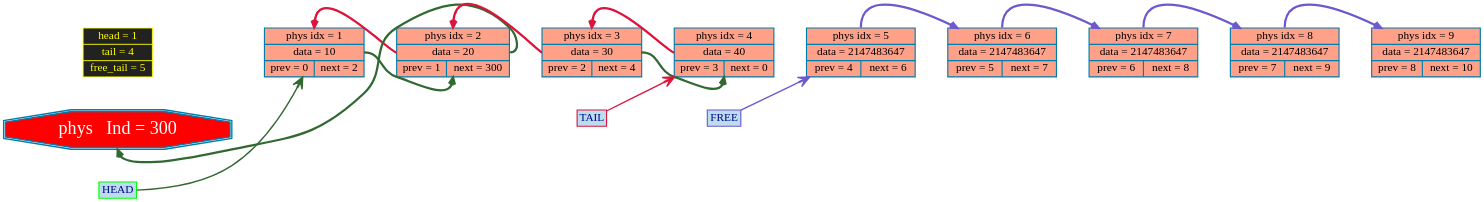
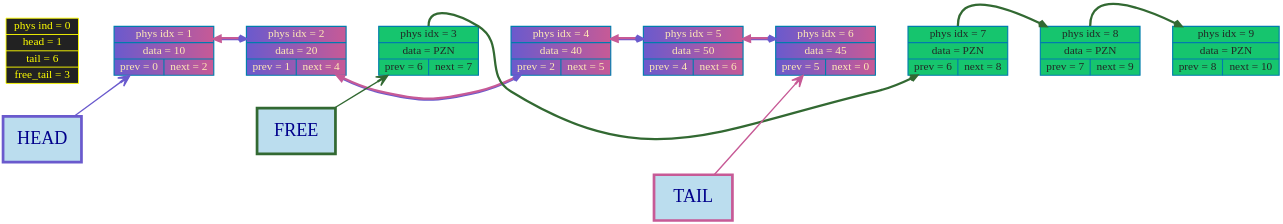
Before and after one commit to timoko3/list: the diagram in graphDumps/graphDump.dot, drawn with Graphviz. The commit also changed 50 other files, not shown here.

```diff
--- a/graphDumps/graphDump.dot
+++ b/graphDumps/graphDump.dot
@@ -1,40 +1,51 @@
 digraph G {
 rankdir=LR
 bgcolor="transparent"
 nodesep = 1;
 ranksep = 1
 	node [shape=record, style="filled", fillcolor="#FFA089", fontcolor="black", color="#007CAD", penwidth=2.5, fontname="Tahoma", fontsize=25];
 
 edge [color="#2d714f", arrowsize=1, penwidth=5, arrowhead="vee", style="bold"];
-node0 [label="head = 1 | tail = 4 | free_tail = 5", shape=record, style="filled", fillcolor="#222222", fontcolor="yellow", color="yellow", penwidth=2];
+node0 [label="phys ind = 0 | head = 1 | tail = 6 | free_tail = 3", shape=record, style="filled", fillcolor="#222222", fontcolor="yellow", color="yellow", penwidth=2];
 	node1 [label="phys idx = 1 | data = 10 | {prev = 0 | next = 2} "];
-	node2 [label="phys idx = 2 | data = 20 | {prev = 1 | next = 300} "];
-	node3 [label="phys idx = 3 | data = 30 | {prev = 2 | next = 4} "];
-	node4 [label="phys idx = 4 | data = 40 | {prev = 3 | next = 0} "];
-	node5 [label="phys idx = 5 | data = 2147483647 | {prev = 4 | next = 6} "];
-	node6 [label="phys idx = 6 | data = 2147483647 | {prev = 5 | next = 7} "];
-	node7 [label="phys idx = 7 | data = 2147483647 | {prev = 6 | next = 8} "];
-	node8 [label="phys idx = 8 | data = 2147483647 | {prev = 7 | next = 9} "];
-	node9 [label="phys idx = 9 | data = 2147483647 | {prev = 8 | next = 10} "];
+	node2 [label="phys idx = 2 | data = 20 | {prev = 1 | next = 4} "];
+	node3 [label="phys idx = 3 | data = PZN | {prev = 6 | next = 7} "];
+	node4 [label="phys idx = 4 | data = 40 | {prev = 2 | next = 5} "];
+	node5 [label="phys idx = 5 | data = 50 | {prev = 4 | next = 6} "];
+	node6 [label="phys idx = 6 | data = 45 | {prev = 5 | next = 0} "];
+	node7 [label="phys idx = 7 | data = PZN | {prev = 6 | next = 8} "];
+	node8 [label="phys idx = 8 | data = PZN | {prev = 7 | next = 9} "];
+	node9 [label="phys idx = 9 | data = PZN | {prev = 8 | next = 10} "];
 
-head_label      [shape=box, label="HEAD", style="filled", fillcolor="#BBDDEE", color="lime", fontcolor="darkblue"];
-tail_label      [shape=box, label="TAIL", style="filled", fillcolor="#BBDDEE", color="#DC143C",   fontcolor="darkblue"];
-free_head_label [shape=box, label="FREE", style="filled", fillcolor="#BBDDEE", color="#6A5ACD",   fontcolor="darkblue"];
-head_label      -> node1 [color="#326932ff"  , arrowsize=2.5, penwidth=3];
-tail_label      -> node4 [color="#DC143C"  , arrowsize=2.5, penwidth=3];
-free_head_label -> node5 [color="#6A5ACD"  , arrowsize=2.5, penwidth=3];
+head_label      [shape=box, width = 2.4, height = 1.4, label="HEAD", style="filled", fillcolor="#BBDDEE", color="#6A5ACD", penwidth = 6,  fontcolor="darkblue", fontsize = 40];
+tail_label      [shape=box, width = 2.4, height = 1.4, label="TAIL", style="filled", fillcolor="#BBDDEE", color="#c75a96ff", penwidth = 6,  fontcolor="darkblue", fontsize = 40];
+free_head_label [shape=box, width = 2.4, height = 1.4, label="FREE", style="filled", fillcolor="#BBDDEE", color="#326932", penwidth = 6,  fontcolor="darkblue", fontsize = 40];
+head_label      -> node1 [color="#6A5ACD"  , arrowsize=2.5, penwidth=3];
+tail_label      -> node6 [color="#c75a96ff"  , arrowsize=2.5, penwidth=3];
+free_head_label -> node3 [color="#326932"  , arrowsize=2.5, penwidth=3];
 node0 -> node1[style=invis, weight = 100000];
 	node1 -> node2 -> node3 -> node4 -> node5 -> node6 -> node7 -> node8 -> node9[style=invis, weight=1000000];
-	node300 [label="phys   Ind = 300", shape=doubleoctagon, fillcolor = "red", fontcolor="white", color="#007CAD", penwidth=3, fontname="Tahoma Bold", fontsize=40];
-	node1 -> node2[color="#326932ff", arrowsize=1.5, penwidth=5, weight=1000, constraint=false, headport = s, tailport = e];
-node2 -> node300[color="#326932ff", arrowsize=1.5, penwidth=5, weight=1000, constraint=false, headport = s, tailport = e];
-node3 -> node4[color="#326932ff", arrowsize=1.5, penwidth=5, weight=1000, constraint=false, headport = s, tailport = e];
-node5 -> node6[color="#6A5ACD", arrowsize=1.5, penwidth=5, weight=1000, constraint=false, tailport = n];
-node6 -> node7[color="#6A5ACD", arrowsize=1.5, penwidth=5, weight=1000, constraint=false, tailport = n];
-node7 -> node8[color="#6A5ACD", arrowsize=1.5, penwidth=5, weight=1000, constraint=false, tailport = n];
-node8 -> node9[color="#6A5ACD", arrowsize=1.5, penwidth=5, weight=1000, constraint=false, tailport = n];
-node4 -> node3[color="#DC143C", arrowsize=1.5, penwidth=5, weight=1000, constraint=false, headport = n, tailport = w];
-node3 -> node2[color="#DC143C", arrowsize=1.5, penwidth=5, weight=1000, constraint=false, headport = n, tailport = w];
-node2 -> node1[color="#DC143C", arrowsize=1.5, penwidth=5, weight=1000, constraint=false, headport = n, tailport = w];
+	node1 [fillcolor = "#6A5ACD:#c75a96ff", fontcolor = "#ffe9b5ff"]
+node2 [fillcolor = "#c75a96ff:#c75a96ff", fontcolor = "#ffe9b5ff"]
+node1 -> node2[color="#6A5ACD:#c75a96ff", arrowsize=1.5, penwidth=5, weight=1000, constraint=false, dir = both];
+node2 [fillcolor = "#6A5ACD:#c75a96ff", fontcolor = "#ffe9b5ff"]
+node4 [fillcolor = "#c75a96ff:#c75a96ff", fontcolor = "#ffe9b5ff"]
+node2 -> node4[color="#6A5ACD:#c75a96ff", arrowsize=1.5, penwidth=5, weight=1000, constraint=false, dir = both];
+node3 [fillcolor = "#16c56eff", fontcolor = "#222926ff"]
+node7 [fillcolor = "#16c56eff", fontcolor = "#222926ff"]
+node3 -> node7[color="#326932", arrowsize=1.5, penwidth=5, weight=1000, constraint=false, tailport = n];
+node4 [fillcolor = "#6A5ACD:#c75a96ff", fontcolor = "#ffe9b5ff"]
+node5 [fillcolor = "#c75a96ff:#c75a96ff", fontcolor = "#ffe9b5ff"]
+node4 -> node5[color="#6A5ACD:#c75a96ff", arrowsize=1.5, penwidth=5, weight=1000, constraint=false, dir = both];
+node5 [fillcolor = "#6A5ACD:#c75a96ff", fontcolor = "#ffe9b5ff"]
+node6 [fillcolor = "#c75a96ff:#c75a96ff", fontcolor = "#ffe9b5ff"]
+node5 -> node6[color="#6A5ACD:#c75a96ff", arrowsize=1.5, penwidth=5, weight=1000, constraint=false, dir = both];
+node6 [fillcolor = "#6A5ACD:#c75a96ff", fontcolor = "#ffe9b5ff"]
+node7 [fillcolor = "#16c56eff", fontcolor = "#222926ff"]
+node8 [fillcolor = "#16c56eff", fontcolor = "#222926ff"]
+node7 -> node8[color="#326932", arrowsize=1.5, penwidth=5, weight=1000, constraint=false, tailport = n];
+node8 [fillcolor = "#16c56eff", fontcolor = "#222926ff"]
+node9 [fillcolor = "#16c56eff", fontcolor = "#222926ff"]
+node8 -> node9[color="#326932", arrowsize=1.5, penwidth=5, weight=1000, constraint=false, tailport = n];
 
 }
```
